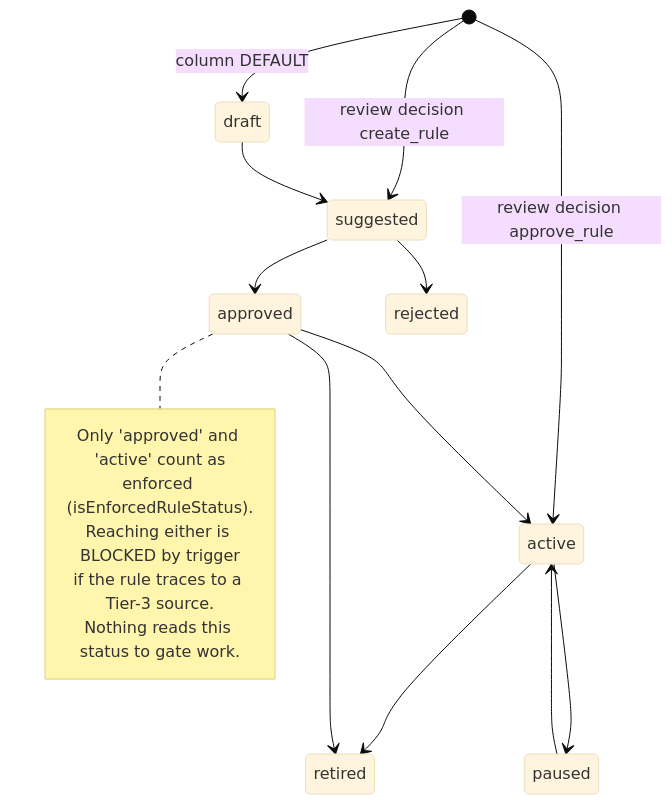
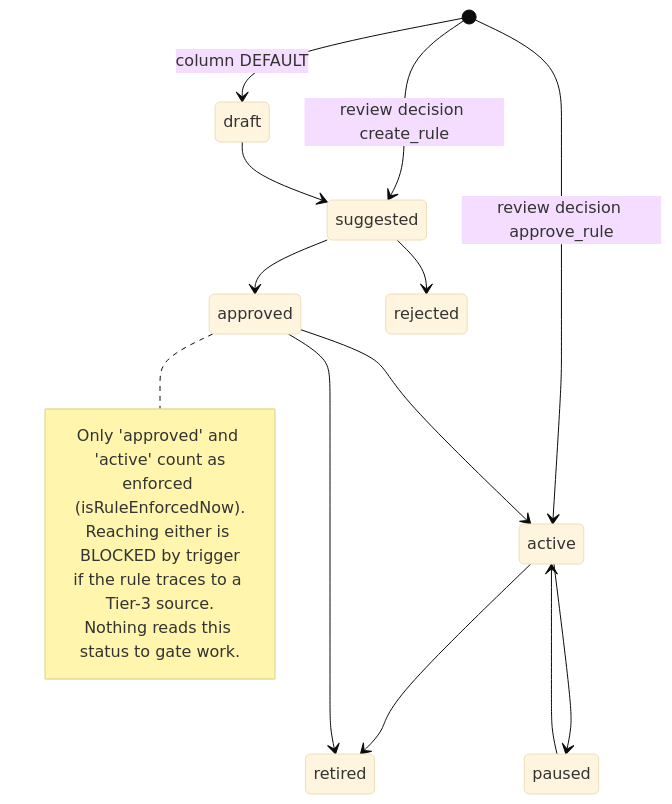
The fifth of 5 diagrams in docs/WATCHTOWER_CANONICAL_ARCHITECTURE.md (dylangremium-sys/ddp-brokerage-demo), drawn with Mermaid (base theme) before and after one commit. The commit also changed other lines of this file and 10 other files, not shown here.

````diff
--- a/docs/WATCHTOWER_CANONICAL_ARCHITECTURE.md
+++ b/docs/WATCHTOWER_CANONICAL_ARCHITECTURE.md
@@ -307,21 +308,21 @@
 ```mermaid
 stateDiagram-v2
     [*] --> draft : column DEFAULT
     [*] --> suggested : review decision create_rule
     [*] --> active : review decision approve_rule
     draft --> suggested
     suggested --> approved
     suggested --> rejected
     approved --> active
     active --> paused
     paused --> active
     active --> retired
     approved --> retired
     note right of approved
       Only 'approved' and 'active' count as
-      enforced (isEnforcedRuleStatus).
+      enforced (isRuleEnforcedNow).
       Reaching either is BLOCKED by trigger
       if the rule traces to a Tier-3 source.
       Nothing reads this status to gate work.
     end note
 ```
````
